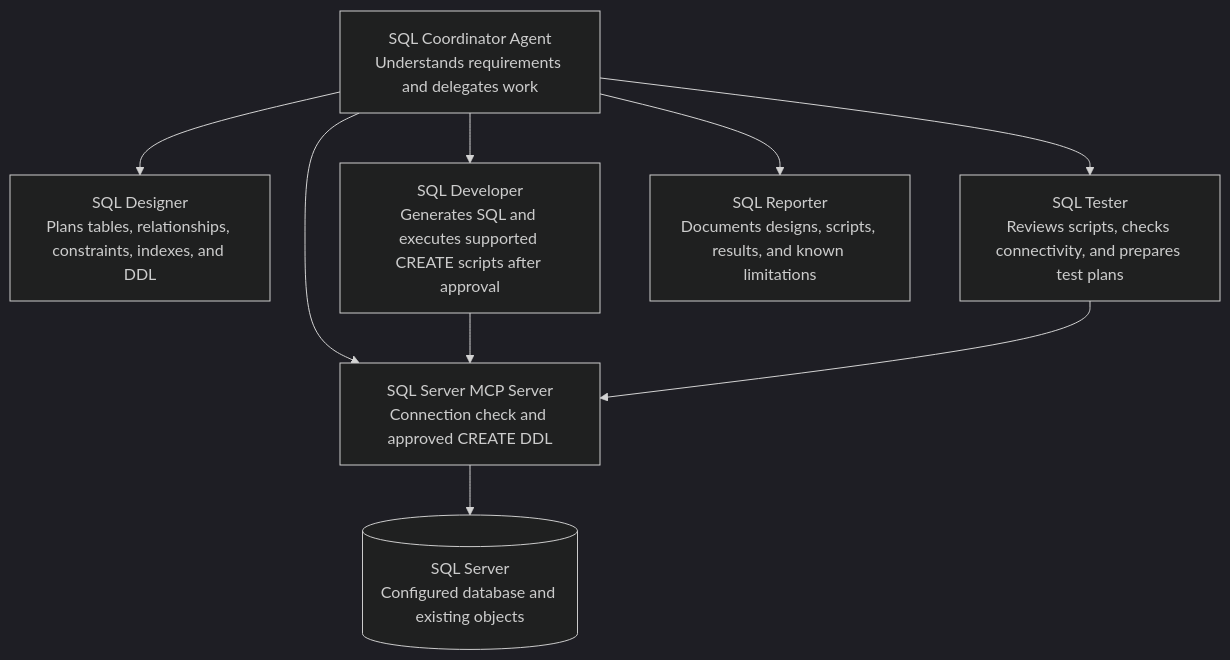
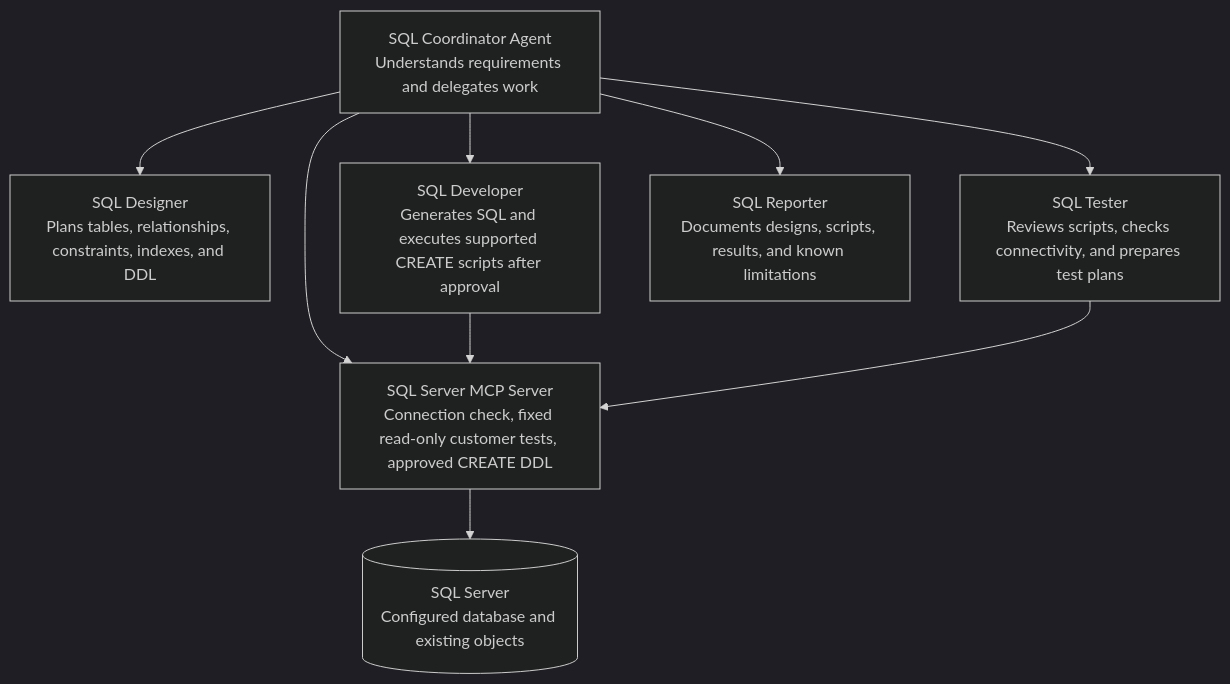
The diagram in README.md (adrianmihailescu/SqlServer_Agentic), drawn with Mermaid (dark theme) before and after one commit. The commit also changed other lines of this file and 6 other files, not shown here.

````diff
--- a/README.md
+++ b/README.md
@@ -9,19 +9,19 @@
 ```mermaid
 flowchart TB
     C["SQL Coordinator Agent<br/>Understands requirements and delegates work"]
     D["SQL Designer<br/>Plans tables, relationships, constraints, indexes, and DDL"]
     V["SQL Developer<br/>Generates SQL and executes supported CREATE scripts after approval"]
     T["SQL Tester<br/>Reviews scripts, checks connectivity, and prepares test plans"]
     R["SQL Reporter<br/>Documents designs, scripts, results, and known limitations"]
-    M["SQL Server MCP Server<br/>Connection check and approved CREATE DDL"]
+    M["SQL Server MCP Server<br/>Connection check, fixed read-only customer tests, approved CREATE DDL"]
     DB[("SQL Server<br/>Configured database and existing objects")]
 
     C --> D
     C --> V
     C --> T
     C --> R
     C --> M
     V --> M
     T --> M
     M --> DB
 ```
````
